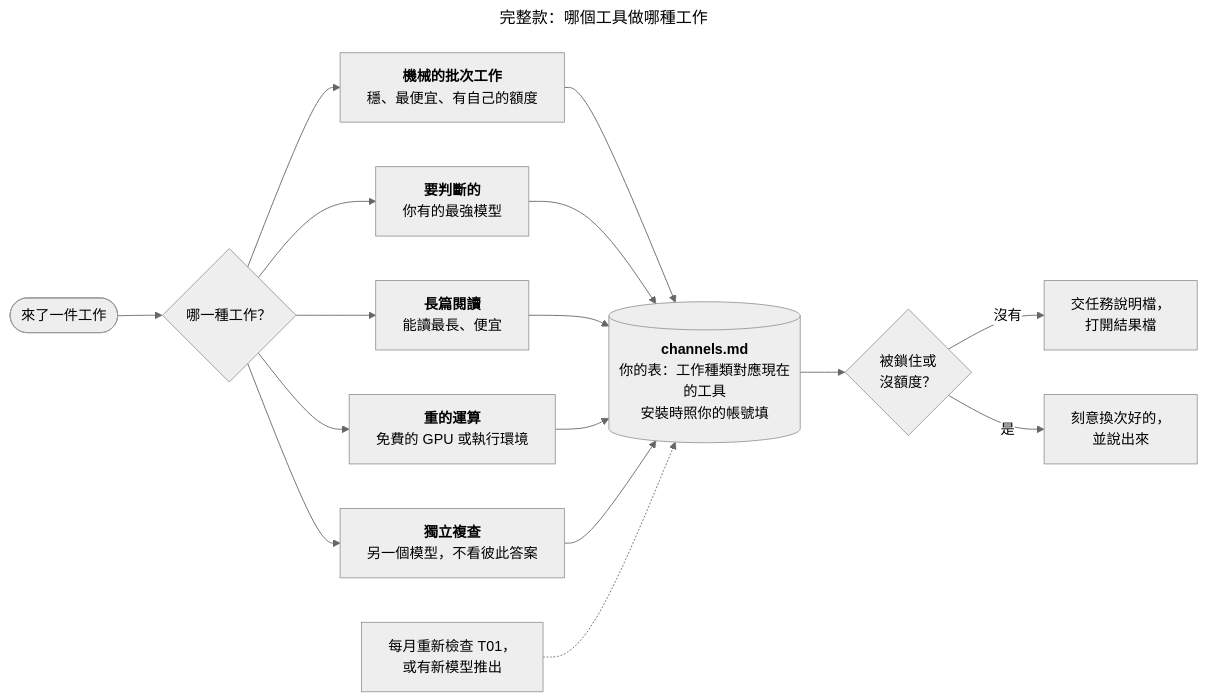
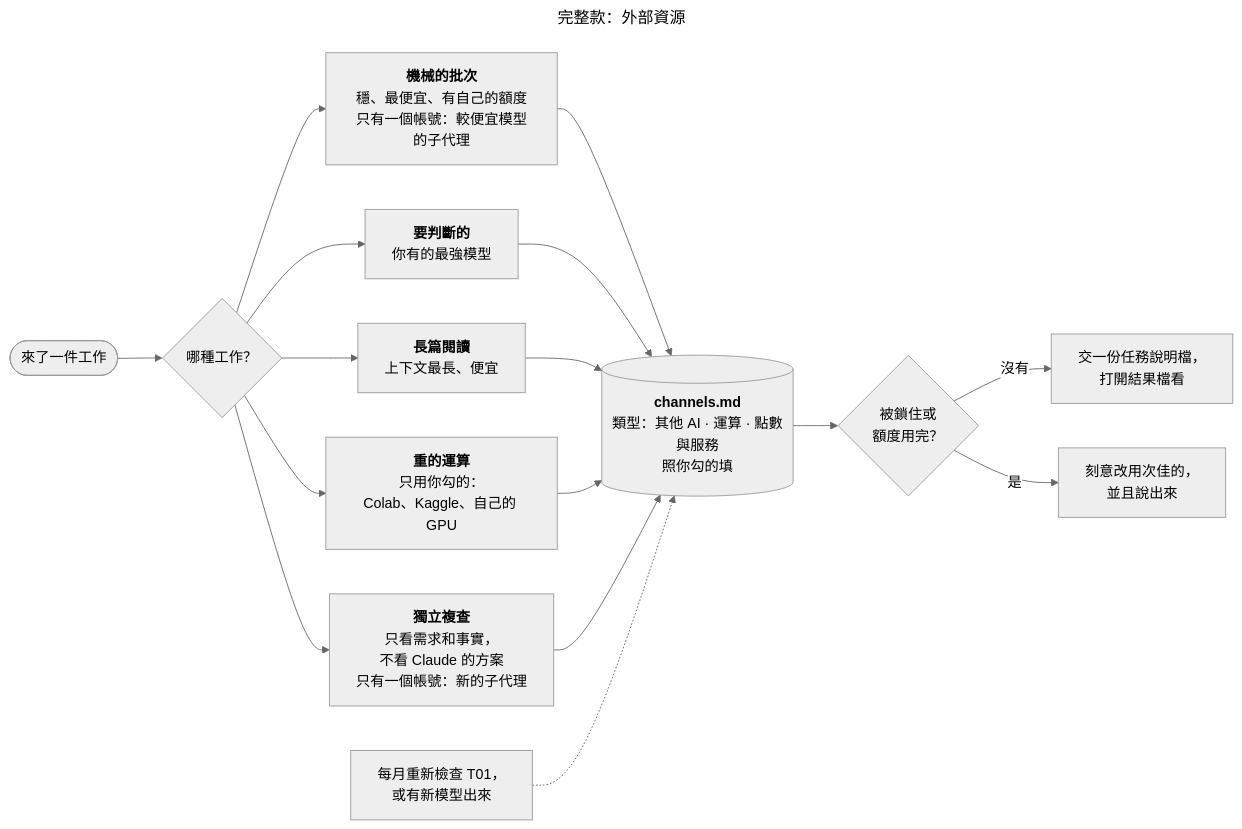
Before and after one commit to 0Smallcat0/second-brain-kit: the sixth of 6 diagrams in docs/zh-TW/進階功能.md, drawn with Mermaid (neutral theme). The commit also changed other lines of this file and 61 other files, not shown here.

````diff
--- a/docs/zh-TW/進階功能.md
+++ b/docs/zh-TW/進階功能.md
@@ -241,17 +257,17 @@
 ```mermaid
 ---
-title: "完整款：哪個工具做哪種工作"
+title: "完整款：外部資源"
 ---
 flowchart LR
-  J(["來了一件工作"]) --> K{"哪一種工作？"}
-  K --> B1["<b>機械的批次工作</b><br/>穩、最便宜、有自己的額度"]
+  J(["來了一件工作"]) --> K{"哪種工作？"}
+  K --> B1["<b>機械的批次</b><br/>穩、最便宜、有自己的額度<br/>只有一個帳號：較便宜模型的子代理"]
   K --> B2["<b>要判斷的</b><br/>你有的最強模型"]
-  K --> B3["<b>長篇閱讀</b><br/>能讀最長、便宜"]
-  K --> B4["<b>重的運算</b><br/>免費的 GPU 或執行環境"]
-  K --> B5["<b>獨立複查</b><br/>另一個模型，不看彼此答案"]
-  B1 & B2 & B3 & B4 & B5 --> C[("<b>channels.md</b><br/>你的表：工作種類對應現在的工具<br/>安裝時照你的帳號填")]
-  C --> L{"被鎖住或<br/>沒額度？"}
-  L -->|沒有| Go["交任務說明檔，<br/>打開結果檔"]
-  L -->|是| Next["刻意換次好的，<br/>並說出來"]
-  Re["每月重新檢查 T01，<br/>或有新模型推出"] -.-> C
+  K --> B3["<b>長篇閱讀</b><br/>上下文最長、便宜"]
+  K --> B4["<b>重的運算</b><br/>只用你勾的：<br/>Colab、Kaggle、自己的 GPU"]
+  K --> B5["<b>獨立複查</b><br/>只看需求和事實，<br/>不看 Claude 的方案<br/>只有一個帳號：新的子代理"]
+  B1 & B2 & B3 & B4 & B5 --> C[("<b>channels.md</b><br/>類型：其他 AI · 運算 · 點數與服務<br/>照你勾的填")]
+  C --> L{"被鎖住或<br/>額度用完？"}
+  L -->|沒有| Go["交一份任務說明檔，<br/>打開結果檔看"]
+  L -->|是| Next["刻意改用次佳的，<br/>並且說出來"]
+  Re["每月重新檢查 T01，<br/>或有新模型出來"] -.-> C
 ```
````
